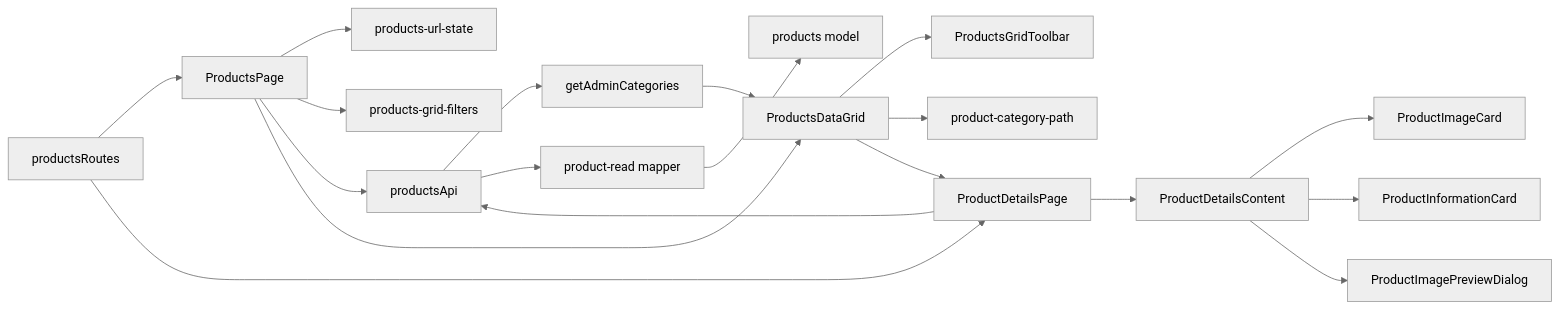
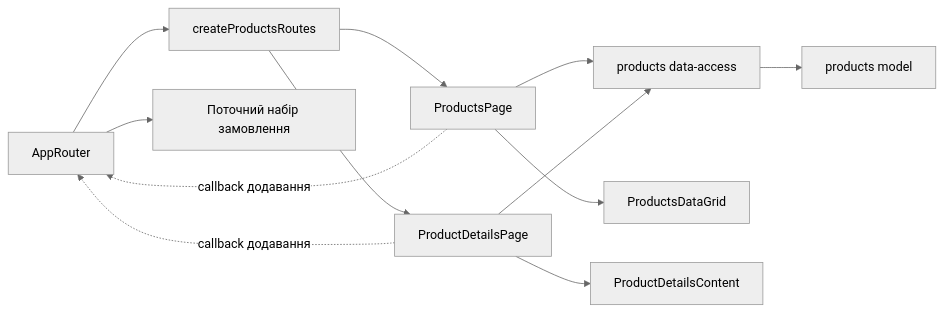
The diagram in docs/features/admin/products.md (Weretik/kedr-web), drawn with Mermaid (neutral theme) before and after one commit. The commit also changed other lines of this file and 121 other files, not shown here.

````diff
--- a/docs/features/admin/products.md
+++ b/docs/features/admin/products.md
@@ -15,21 +11,14 @@
 ```mermaid
 flowchart LR
-    Routes[productsRoutes] --> List[ProductsPage]
+    App[AppRouter] --> Routes[createProductsRoutes]
+    Routes --> List[ProductsPage]
     Routes --> Detail[ProductDetailsPage]
-    List --> Url[products-url-state]
-    List --> Filters[products-grid-filters]
-    List --> Api[productsApi]
-    Api --> Categories[getAdminCategories]
+    List --> Api[products data-access]
     Detail --> Api
-    Detail --> DetailUi[ProductDetailsContent]
-    DetailUi --> Image[ProductImageCard]
-    DetailUi --> Info[ProductInformationCard]
-    DetailUi --> Preview[ProductImagePreviewDialog]
-    Api --> Mapper[product-read mapper]
-    Mapper --> Model[products model]
+    Api --> Model[products model]
     List --> Grid[ProductsDataGrid]
-    Categories --> Grid
-    Grid --> Toolbar[ProductsGridToolbar]
-    Grid --> Path[product-category-path]
-    Grid --> Detail
+    Detail --> Content[ProductDetailsContent]
+    List -. callback додавання .-> App
+    Detail -. callback додавання .-> App
+    App --> Set[Поточний набір замовлення]
 ```
````
